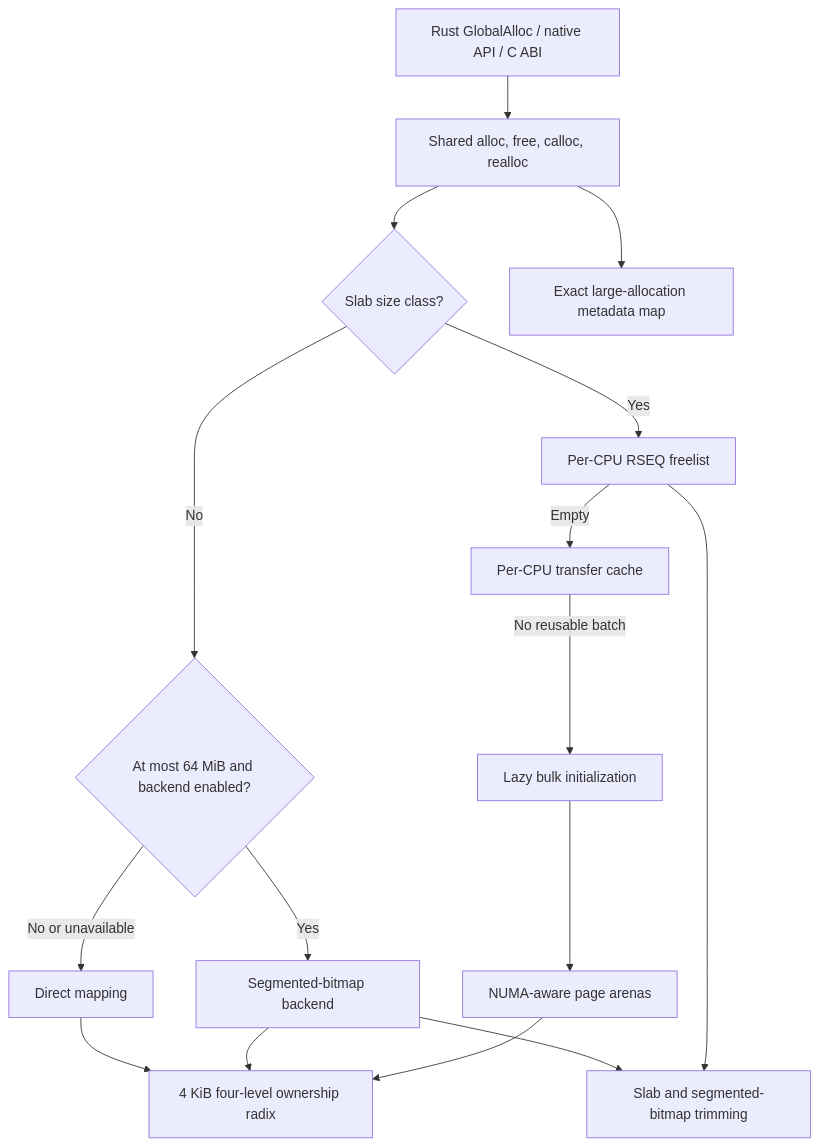
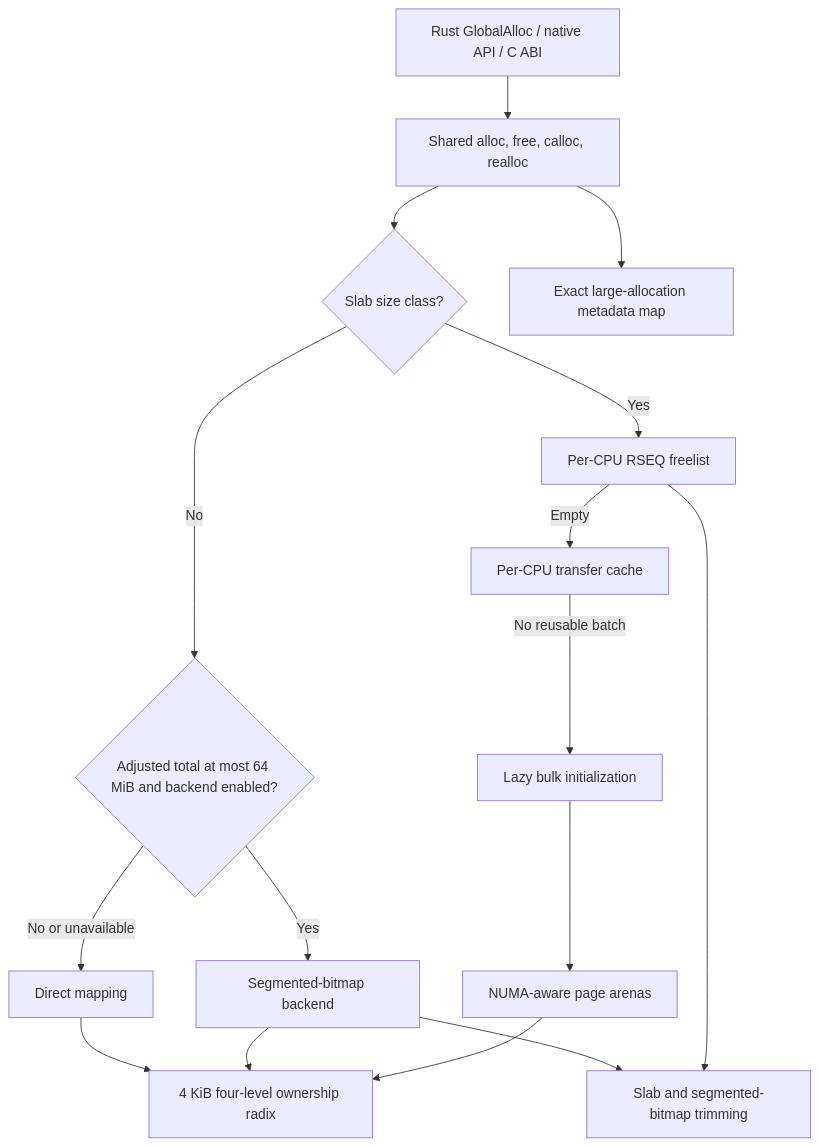
One commit to Metehan120/rsmalloc changed the first of 3 diagrams in ARCHITECTURE.md. Above: the diagram before and after it, drawn with Mermaid. The commit also changed other lines of this file and 6 other files, not shown here.

````diff
--- a/ARCHITECTURE.md
+++ b/ARCHITECTURE.md
@@ -25,23 +25,23 @@
 ```mermaid
 flowchart TD
     API["Rust GlobalAlloc / native API / C ABI"] --> INNER["Shared alloc, free, calloc, realloc"]
 
     INNER --> SIZE{"Slab size class?"}
 
     SIZE -- Yes --> LOCAL["Per-CPU RSEQ freelist"]
     LOCAL -- Empty --> TRANSFER["Per-CPU transfer cache"]
     TRANSFER -- No reusable batch --> BULK["Lazy bulk initialization"]
     BULK --> PAGE["NUMA-aware page arenas"]
 
-    SIZE -- No --> LARGE{"At most 64 MiB and backend enabled?"}
+    SIZE -- No --> LARGE{"Adjusted total at most 64 MiB and backend enabled?"}
     LARGE -- Yes --> SEGMENTED["Segmented-bitmap backend"]
     LARGE -- No or unavailable --> MMAP["Direct mapping"]
 
     PAGE --> RADIX["4 KiB four-level ownership radix"]
     SEGMENTED --> RADIX
     MMAP --> RADIX
 
     INNER --> BIGMAP["Exact large-allocation metadata map"]
     LOCAL --> TRIM["Slab and segmented-bitmap trimming"]
     SEGMENTED --> TRIM
 ```
````
